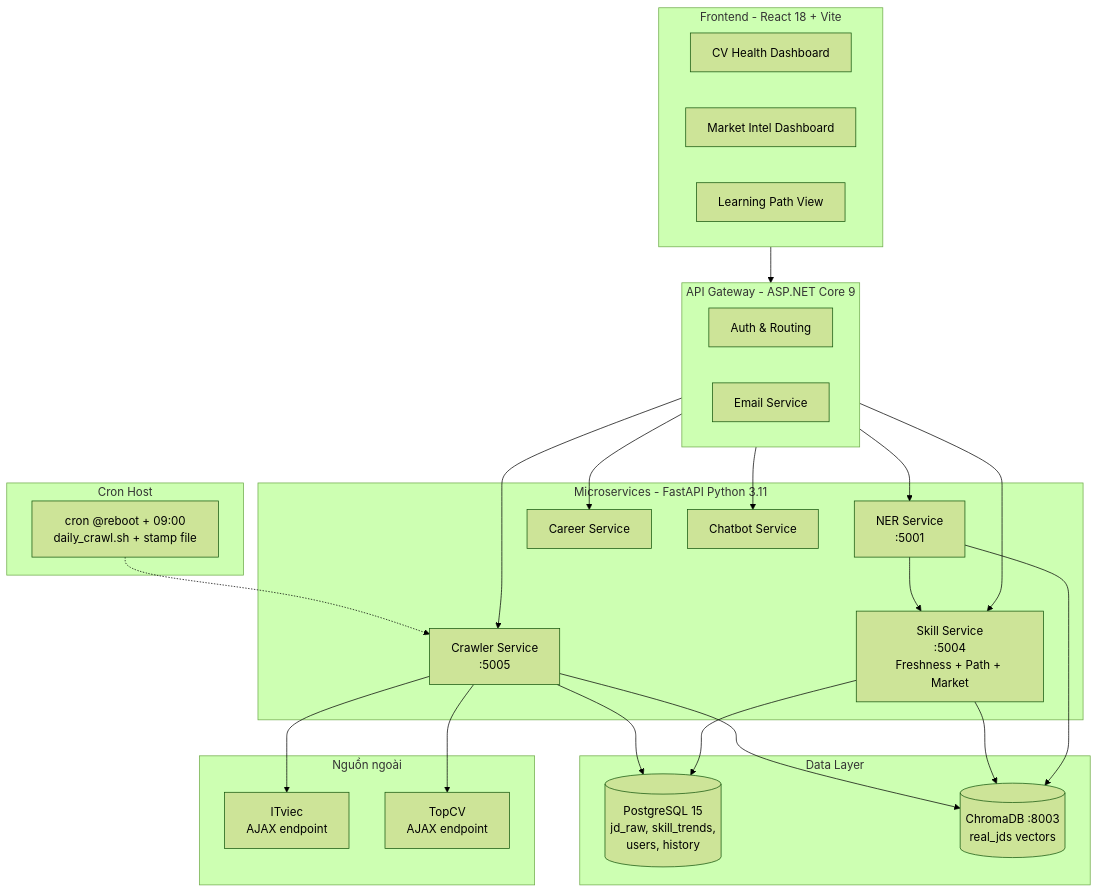
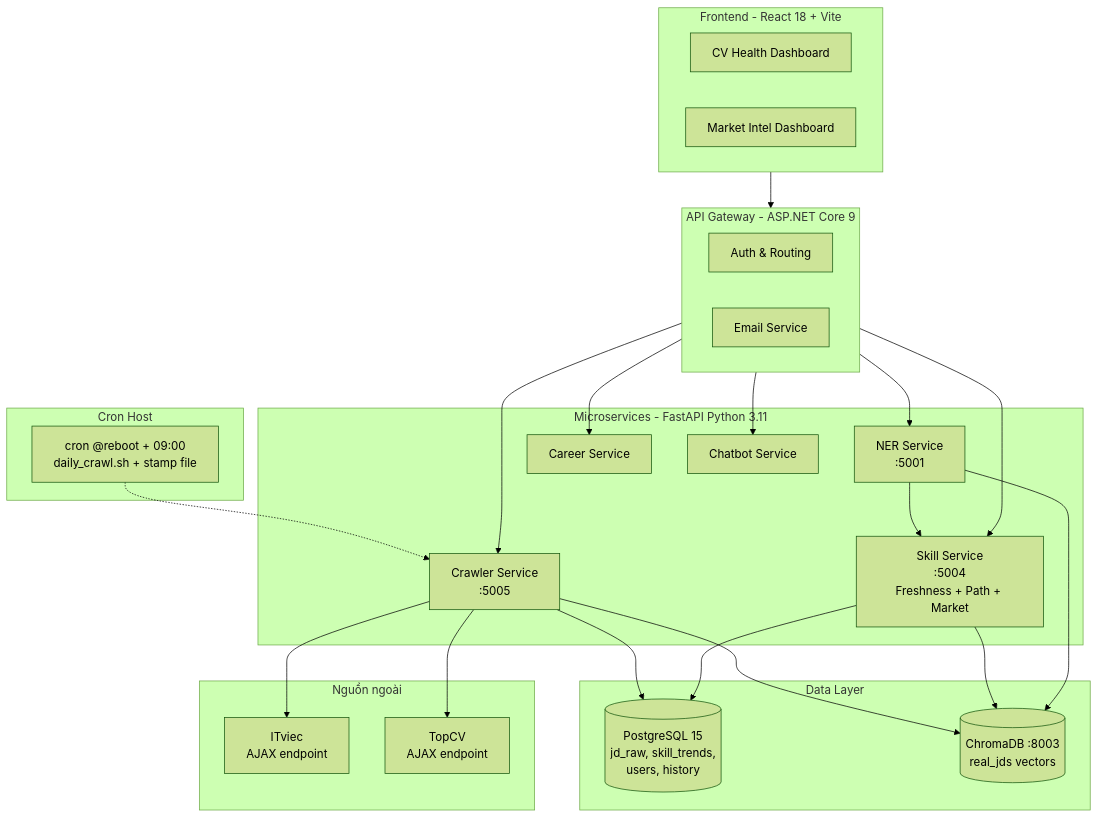
One commit to dungken/cv-assistant changed the diagram in thesis_report/chuong2/2.5_cong_nghe_cong_cu.md. Above: the diagram before and after it, drawn with Mermaid (forest theme). The commit also changed other lines of this file and 34 other files, not shown here.

````diff
--- a/thesis_report/chuong2/2.5_cong_nghe_cong_cu.md
+++ b/thesis_report/chuong2/2.5_cong_nghe_cong_cu.md
@@ -109,51 +109,50 @@
 ```mermaid
 flowchart TB
     subgraph FE[Frontend - React 18 + Vite]
         Dash[CV Health Dashboard]
         Market[Market Intel Dashboard]
-        Path[Learning Path View]
     end
 
     subgraph GW[API Gateway - ASP.NET Core 9]
         Auth[Auth & Routing]
         Email[Email Service]
     end
 
     subgraph BE[Microservices - FastAPI Python 3.11]
         NER[NER Service<br/>:5001]
         Skill[Skill Service<br/>:5004<br/>Freshness + Path + Market]
         Crawler[Crawler Service<br/>:5005]
         Career[Career Service]
         Chatbot[Chatbot Service]
     end
 
     subgraph DATA[Data Layer]
         PG[(PostgreSQL 15<br/>jd_raw, skill_trends,<br/>users, history)]
         Chroma[(ChromaDB :8003<br/>real_jds vectors)]
     end
 
     subgraph EXT[Nguồn ngoài]
         ITviec[ITviec<br/>AJAX endpoint]
         TopCV[TopCV<br/>AJAX endpoint]
     end
 
     subgraph CRON[Cron Host]
         DailyCron["cron @reboot + 09:00<br/>daily_crawl.sh + stamp file"]
     end
 
     FE --> GW
     GW --> NER
     GW --> Skill
     GW --> Crawler
     GW --> Career
     GW --> Chatbot
     NER --> Skill
     DailyCron -.-> Crawler
     Crawler --> ITviec
     Crawler --> TopCV
     Crawler --> Chroma
     Crawler --> PG
     Skill --> PG
     Skill --> Chroma
     NER --> Chroma
 ```
````
